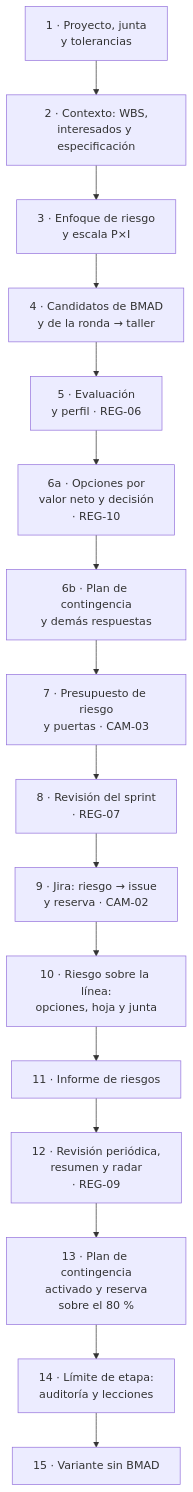
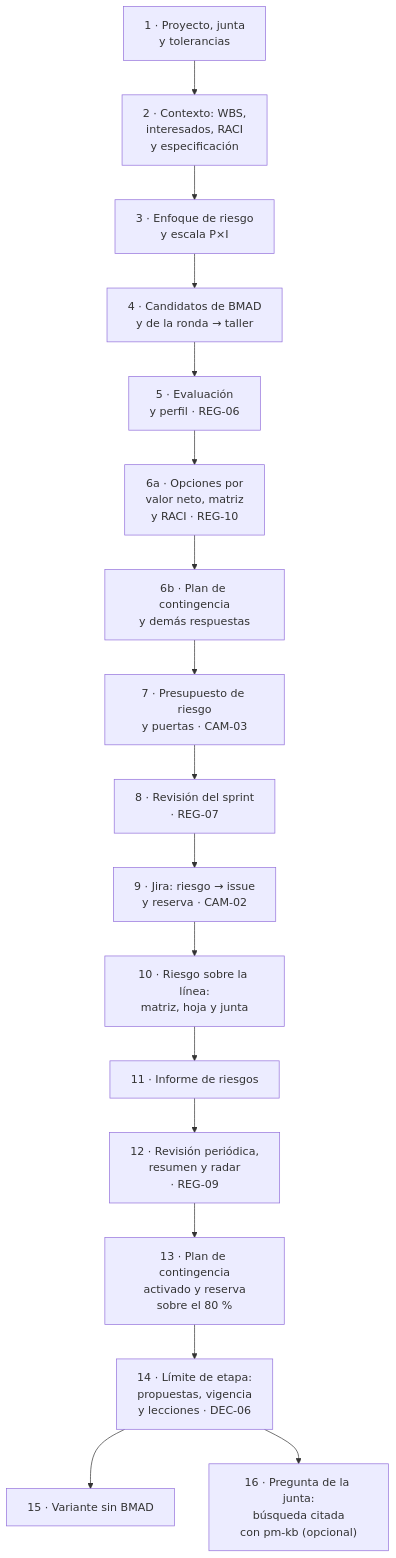
Before and after one commit to Arturo-Penas-Rial/pm-method: the first of 2 diagrams in docs/guias/E2E-1-riesgos.md, drawn with Mermaid. The commit also changed other lines of this file and 277 other files, not shown here.

Commit message:
pm-method 2.6.0: decisiones con contexto, vigencia y bitácora, mapas y decisiones, y pm-kb (búsqueda citada, web y MCP)

````diff
--- a/docs/guias/E2E-1-riesgos.md
+++ b/docs/guias/E2E-1-riesgos.md
@@ -86,12 +104,13 @@
 ```mermaid
 flowchart TB
-    a["1 · Proyecto, junta<br/>y tolerancias"] --> b["2 · Contexto: WBS,<br/>interesados y especificación"]
+    a["1 · Proyecto, junta<br/>y tolerancias"] --> b["2 · Contexto: WBS,<br/>interesados, RACI<br/>y especificación"]
     b --> c["3 · Enfoque de riesgo<br/>y escala P×I"] --> d["4 · Candidatos de BMAD<br/>y de la ronda → taller"]
-    d --> e["5 · Evaluación<br/>y perfil · REG-06"] --> f["6a · Opciones por<br/>valor neto y decisión<br/>· REG-10"]
+    d --> e["5 · Evaluación<br/>y perfil · REG-06"] --> f["6a · Opciones por<br/>valor neto, matriz<br/>y RACI · REG-10"]
     f --> f2["6b · Plan de contingencia<br/>y demás respuestas"]
     f2 --> g["7 · Presupuesto de riesgo<br/>y puertas · CAM-03"] --> h["8 · Revisión del sprint<br/>· REG-07"]
-    h --> i["9 · Jira: riesgo → issue<br/>y reserva · CAM-02"] --> j["10 · Riesgo sobre la línea:<br/>opciones, hoja y junta"]
+    h --> i["9 · Jira: riesgo → issue<br/>y reserva · CAM-02"] --> j["10 · Riesgo sobre la línea:<br/>matriz, hoja y junta"]
     j --> k["11 · Informe de riesgos"] --> l["12 · Revisión periódica,<br/>resumen y radar<br/>· REG-09"]
-    l --> m["13 · Plan de contingencia<br/>activado y reserva<br/>sobre el 80 %"] --> n["14 · Límite de etapa:<br/>auditoría y lecciones"]
+    l --> m["13 · Plan de contingencia<br/>activado y reserva<br/>sobre el 80 %"] --> n["14 · Límite de etapa:<br/>propuestas, vigencia<br/>y lecciones · DEC-06"]
     n --> o["15 · Variante sin BMAD"]
+    n --> p["16 · Pregunta de la junta:<br/>búsqueda citada<br/>con pm-kb (opcional)"]
 ```
````
